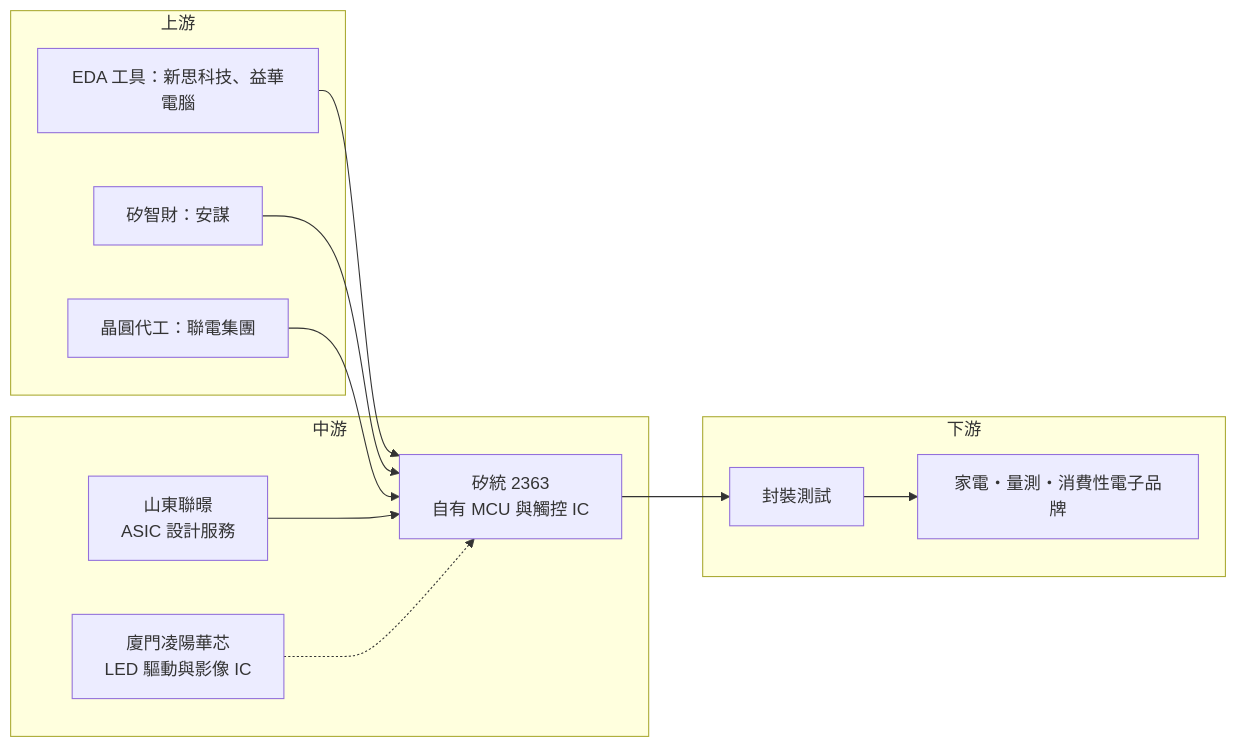
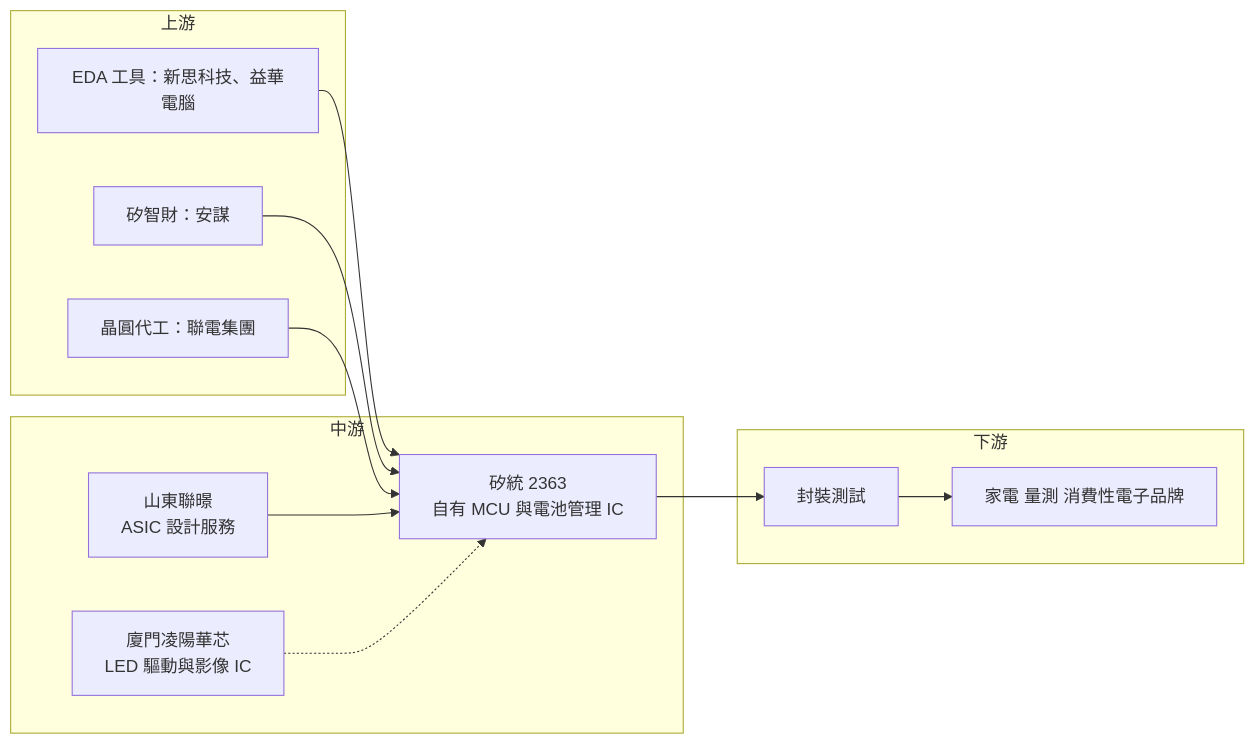
The third of 3 diagrams in 個股/台股/2363矽統.md (wangnick1004/taiwan-stock-vault), drawn with Mermaid before and after one commit. The commit also changed other lines of this file and 10 other files, not shown here.

````diff
--- a/個股/台股/2363矽統.md
+++ b/個股/台股/2363矽統.md
@@ -205,24 +240,24 @@
 ```mermaid
 flowchart LR
     subgraph 上游
         A1[EDA 工具：新思科技、益華電腦]
         A2[矽智財：安謀]
         A3[晶圓代工：聯電集團]
     end
     subgraph 中游
-        B[矽統 2363<br/>自有 MCU 與觸控 IC]
-        B2[山東聯暻<br/>ASIC 設計服務]
-        B3[廈門凌陽華芯<br/>LED 驅動與影像 IC]
+        B["矽統 2363<br/>自有 MCU 與電池管理 IC"]
+        B2["山東聯暻<br/>ASIC 設計服務"]
+        B3["廈門凌陽華芯<br/>LED 驅動與影像 IC"]
     end
     subgraph 下游
         C1[封裝測試]
-        C2[家電・量測・消費性電子品牌]
+        C2["家電 量測 消費性電子品牌"]
     end
     A1 --> B
     A2 --> B
     A3 --> B
     B2 --> B
     B3 -.-> B
     B --> C1
     C1 --> C2
 ```
````
